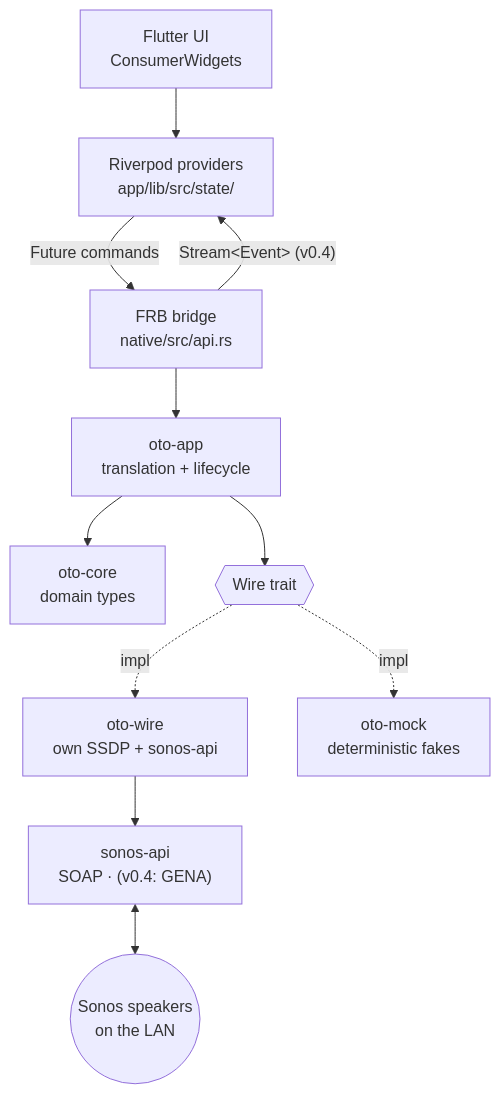
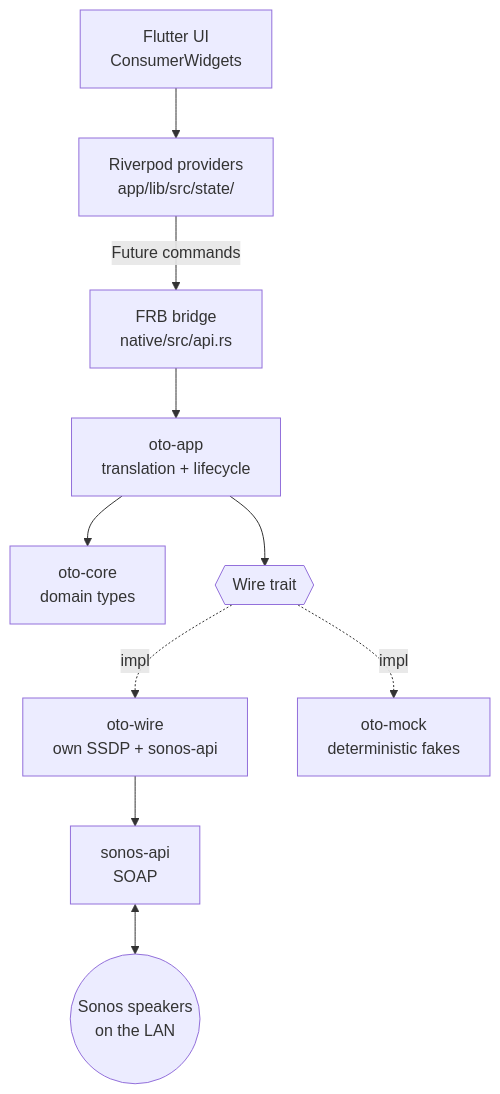
Before and after one commit to Oszkar/oto: the first of 2 diagrams in docs/ARCHITECTURE.md, drawn with Mermaid. The commit also changed other lines of this file and 16 other files, not shown here.

Commit message:
docs: restructure — knowledgebase + roadmap, drop dated plans (#35)

````diff
--- a/docs/ARCHITECTURE.md
+++ b/docs/ARCHITECTURE.md
@@ -9,24 +9,23 @@
 ```mermaid
 flowchart TD
     UI["Flutter UI<br/>ConsumerWidgets"]
     RP["Riverpod providers<br/>app/lib/src/state/"]
     FRB["FRB bridge<br/>native/src/api.rs"]
     APP["oto-app<br/>translation + lifecycle"]
     CORE["oto-core<br/>domain types"]
     WIRE{{"Wire trait"}}
     WIREIMPL["oto-wire<br/>own SSDP + sonos-api"]
     MOCK["oto-mock<br/>deterministic fakes"]
-    SDK["sonos-api<br/>SOAP · (v0.4: GENA)"]
+    SDK["sonos-api<br/>SOAP"]
     NET(("Sonos speakers<br/>on the LAN"))
 
     UI --> RP
     RP -->|"Future commands"| FRB
-    FRB -->|"Stream&lt;Event&gt; (v0.4)"| RP
     FRB --> APP
     APP --> CORE
     APP --> WIRE
     WIRE -.impl.-> WIREIMPL
     WIRE -.impl.-> MOCK
     WIREIMPL --> SDK
     SDK <--> NET
 ```
````
